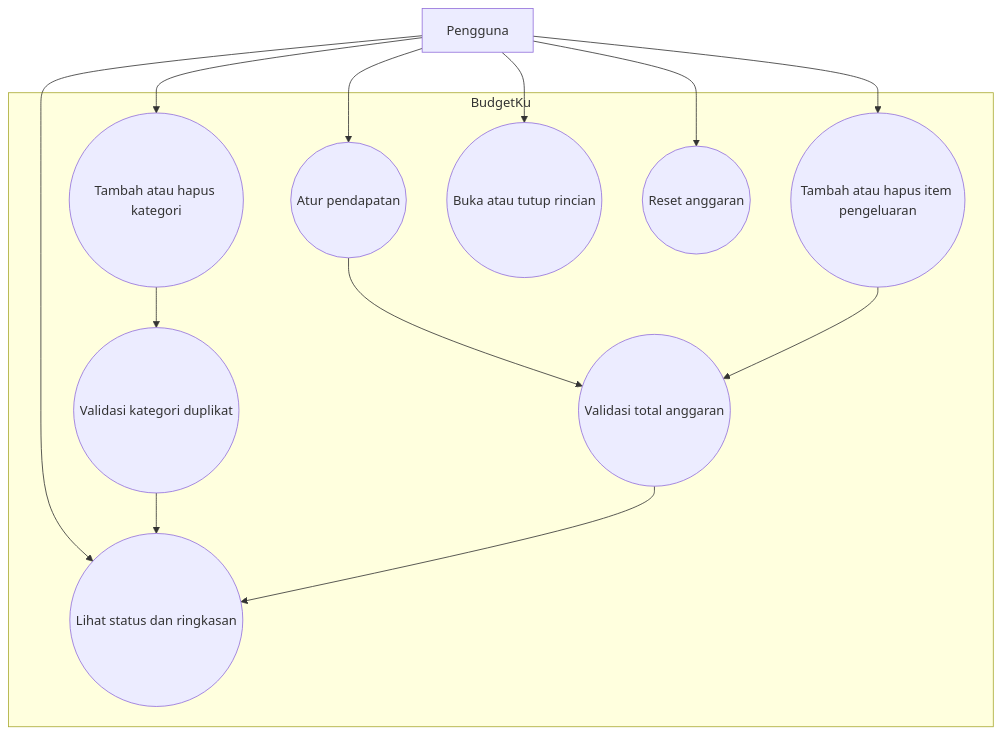
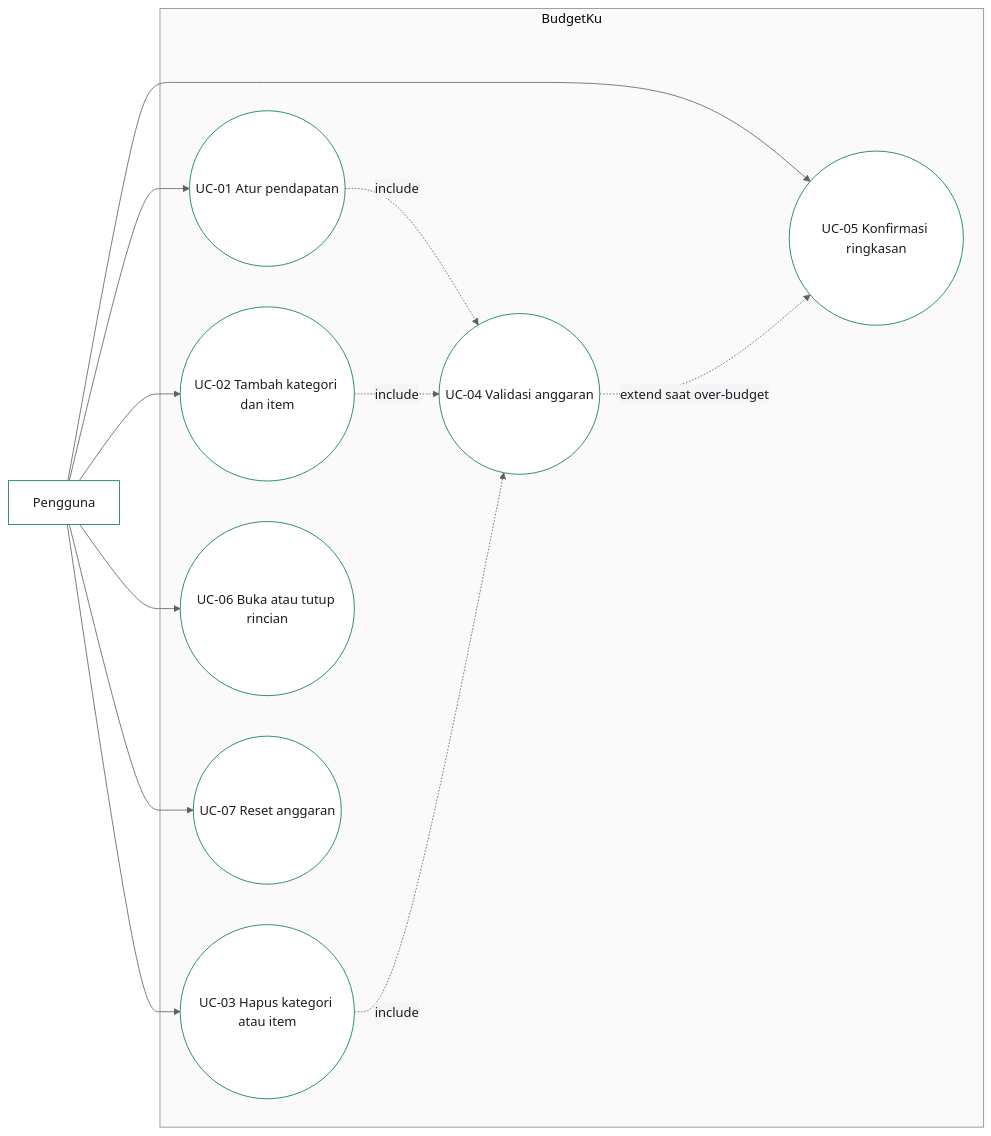
Before and after one commit to Rifatdhy/BudgetKU: the diagram in docs/uts/use-case-diagram.md, drawn with Mermaid. The commit also changed other lines of this file and 19 other files, not shown here.

First line of the commit message:
Harden BudgetKu UI, validation, tests, and UTS docs

````diff
--- a/docs/uts/use-case-diagram.md
+++ b/docs/uts/use-case-diagram.md
@@ -5,25 +5,26 @@
 ```mermaid
-flowchart TB
+%%{init: {'theme':'base','themeVariables':{'primaryColor':'#ffffff','primaryTextColor':'#1c1c1e','primaryBorderColor':'#007a4d','lineColor':'#5f5f66','secondaryColor':'#f5f5f7','tertiaryColor':'#ffffff','clusterBkg':'#fafafa','clusterBorder':'#8a8a91','fontFamily':'-apple-system, BlinkMacSystemFont, Segoe UI, sans-serif','fontSize':'16px'}}}%%
+flowchart LR
   actor[Pengguna]
-  subgraph budgetku[BudgetKu]
-    income((Atur pendapatan))
-    category((Tambah atau hapus kategori))
-    expense((Tambah atau hapus item pengeluaran))
-    duplicate((Validasi kategori duplikat))
-    over((Validasi total anggaran))
-    state((Lihat status dan ringkasan))
-    collapse((Buka atau tutup rincian))
-    reset((Reset anggaran))
+  subgraph sistem[BudgetKu]
+    income((UC-01 Atur pendapatan))
+    category((UC-02 Tambah kategori dan item))
+    item((UC-03 Hapus kategori atau item))
+    validation((UC-04 Validasi anggaran))
+    summary((UC-05 Konfirmasi ringkasan))
+    toggle((UC-06 Buka atau tutup rincian))
+    reset((UC-07 Reset anggaran))
   end
+
   actor --> income
   actor --> category
-  actor --> expense
-  actor --> state
-  actor --> collapse
+  actor --> item
+  actor --> summary
+  actor --> toggle
   actor --> reset
-  income --> over
-  category --> duplicate
-  expense --> over
-  duplicate --> state
-  over --> state
+
+  income -. include .-> validation
+  category -. include .-> validation
+  item -. include .-> validation
+  validation -. extend saat over-budget .-> summary
 ```
````
